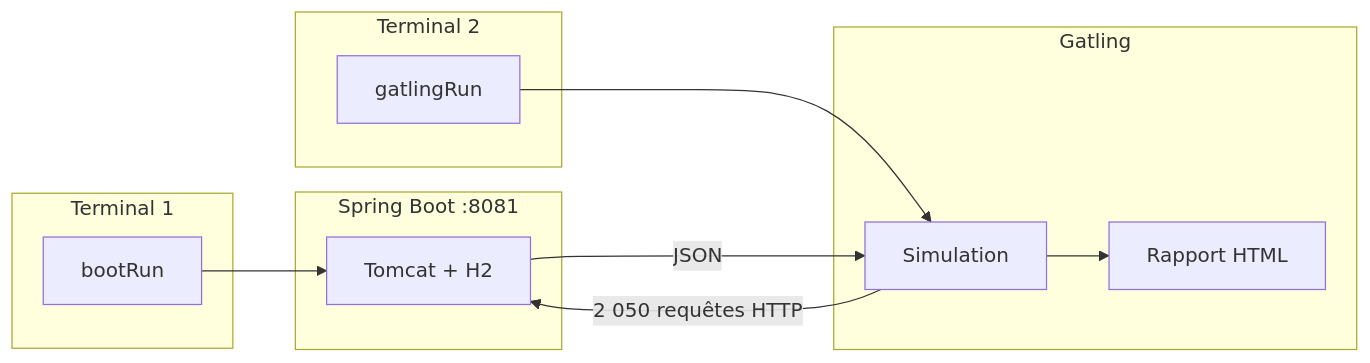
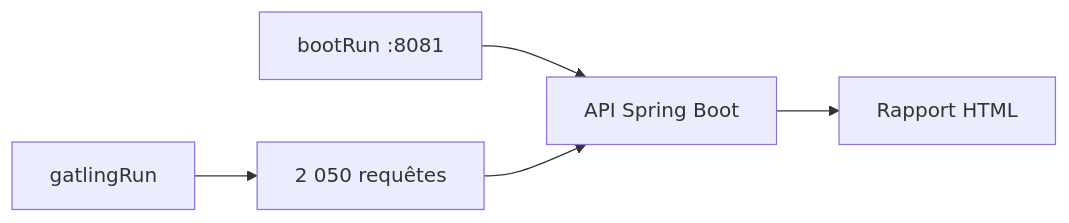
One commit to Moustapha-Ndoye-dev/e-commerce-api changed the first of 2 diagrams in README.md. Above: the diagram before and after it, drawn with Mermaid. The commit also changed other lines of this file, not shown here.

````diff
--- a/README.md
+++ b/README.md
@@ -168,22 +85,7 @@
 ```mermaid
 flowchart LR
-    subgraph T1["Terminal 1"]
-        A[bootRun]
-    end
-    subgraph API["Spring Boot :8081"]
-        B[Tomcat + H2]
-    end
-    subgraph T2["Terminal 2"]
-        C[gatlingRun]
-    end
-    subgraph G["Gatling"]
-        D[Simulation]
-        E[Rapport HTML]
-    end
-
-    A --> B
-    C --> D
-    D -->|2 050 requêtes HTTP| B
-    B -->|JSON| D
-    D --> E
+    A[bootRun :8081] --> B[API Spring Boot]
+    C[gatlingRun] --> D[2 050 requêtes]
+    D --> B
+    B --> E[Rapport HTML]
 ```
````
